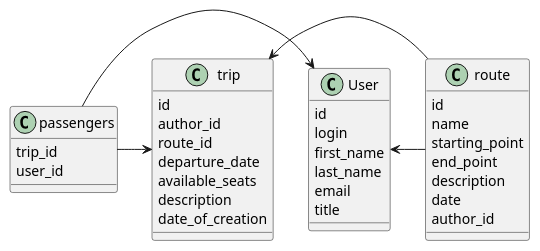
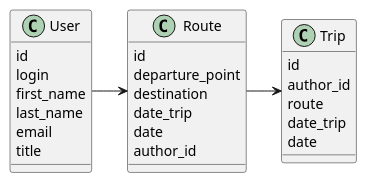
The second of 2 diagrams in components.md (Immortalparrot/KozhevnikovaLab), drawn with PlantUML before and after one commit.

````diff
--- a/components.md
+++ b/components.md
@@ -82,47 +82,33 @@
 ```puml
-@startuml
-
-class route {
+@startuml name1
+class Route {
   id
-  name
-  starting_point
-  end_point
-  description
+  departure_point
+  destination
+  date_trip
   date
   author_id
 }
 
 class User {
   id
   login
   first_name
   last_name
   email
   title
 }
 
-class trip {
+class Trip {
   id
   author_id
-  route_id
-  departure_date
-  available_seats
-  description
-  date_of_creation
-  
+  route
+  date_trip
+  date
 }
 
-class passengers {
- trip_id
- user_id
-
-}
-
-
-User <- route
-trip <- route
-passengers -> User
-passengers -> trip
+User -> Route
+Route -> Trip
 
 @enduml
 ```
````
